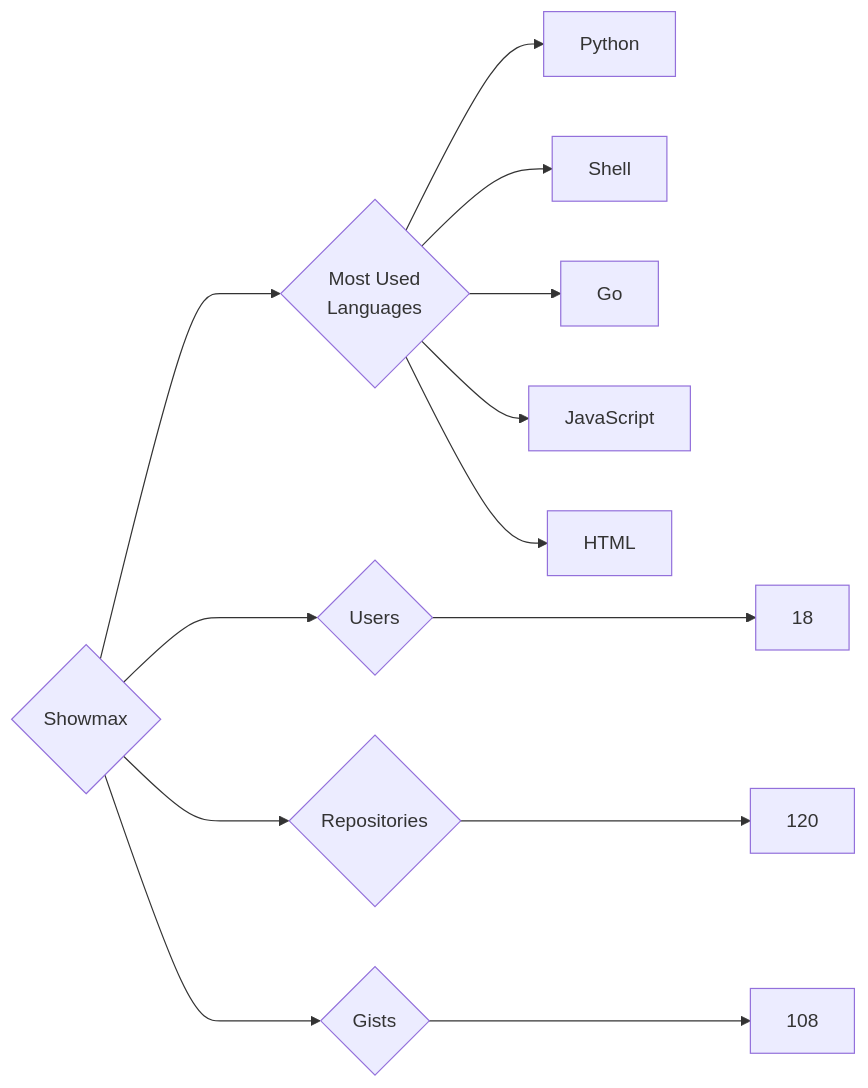
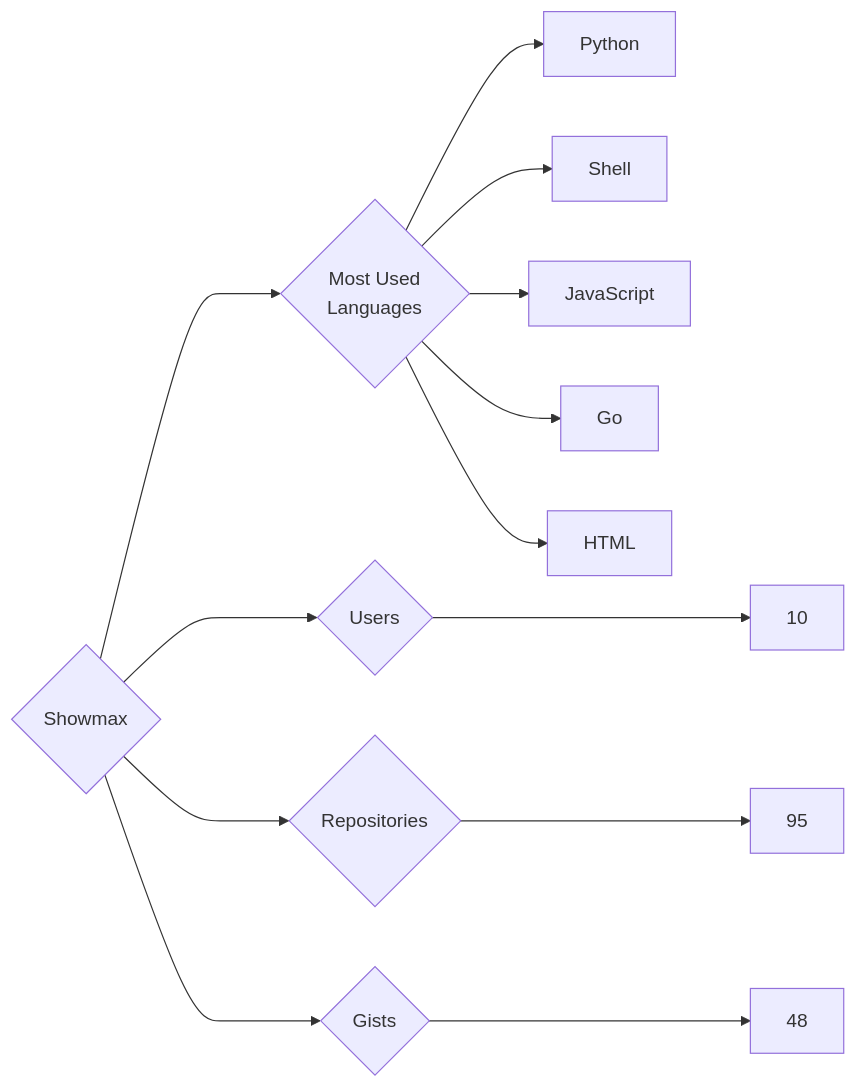
One commit to trickest/insiders changed the diagram in targets/Showmax/README.md. Above: the diagram before and after it, drawn with Mermaid. The commit also changed 799 other files, not shown here.

````diff
--- a/targets/Showmax/README.md
+++ b/targets/Showmax/README.md
@@ -3,13 +3,13 @@
 ```mermaid
 graph LR
 COMPANY_NAME{Showmax}
-COMPANY_NAME ---> U{Users} ---> UN[18]
-COMPANY_NAME ---> R{Repositories} ---> RN[120]
-COMPANY_NAME ---> G{Gists} ---> GN[108]
+COMPANY_NAME ---> U{Users} ---> UN[10]
+COMPANY_NAME ---> R{Repositories} ---> RN[95]
+COMPANY_NAME ---> G{Gists} ---> GN[48]
 COMPANY_NAME ---> ML{Most Used<br>Languages}
 ML --> Python[Python]
 ML --> Shell[Shell]
+ML --> JavaScript[JavaScript]
 ML --> Go[Go]
-ML --> JavaScript[JavaScript]
 ML --> HTML[HTML]
 ```
````
